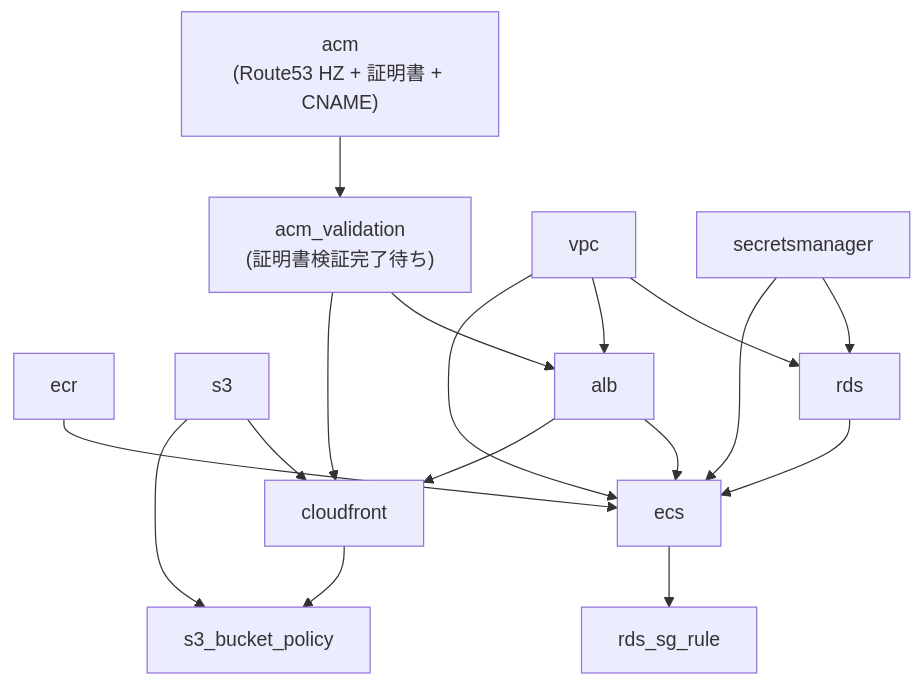
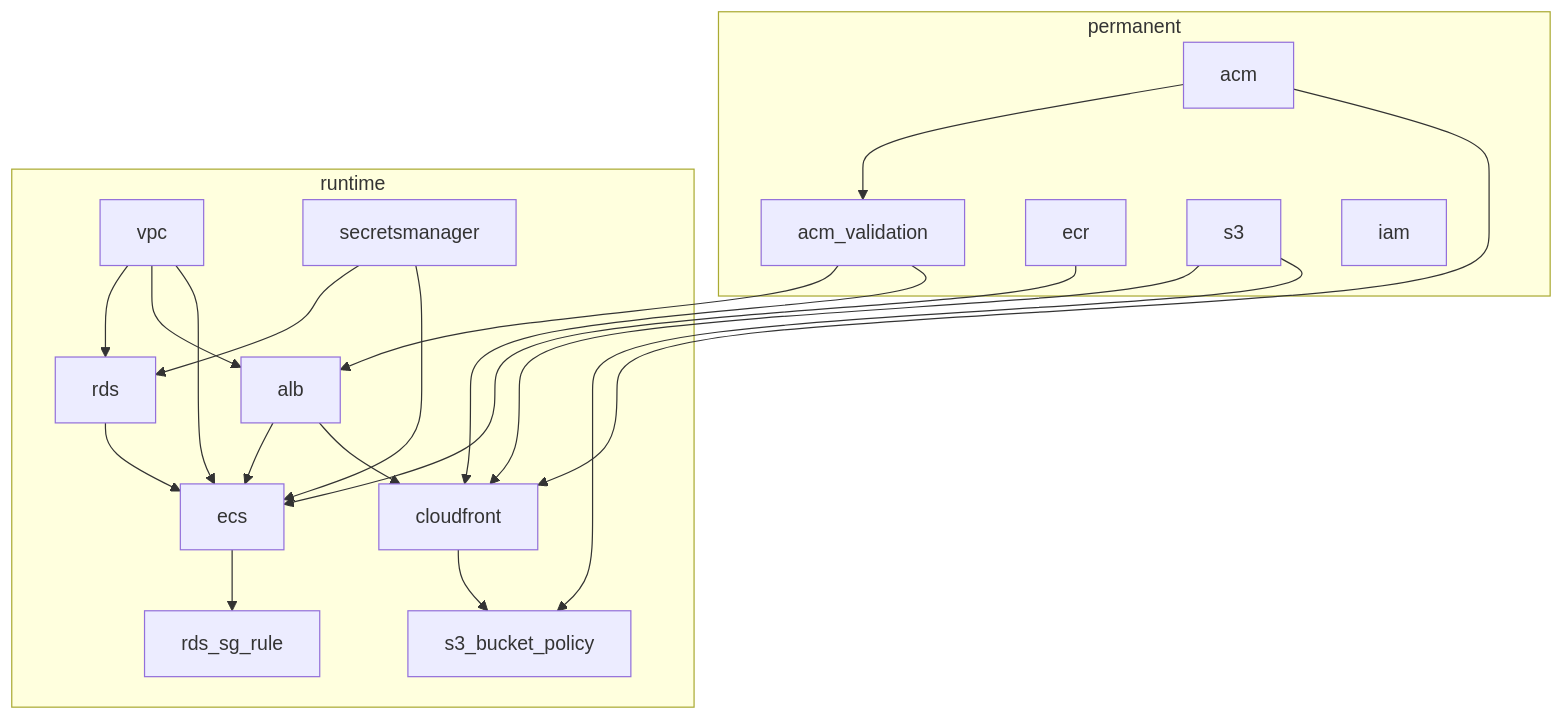
Before and after one commit to nkajitani/property_analyze: the diagram in infra/docs/provisioning.md, drawn with Mermaid. The commit also changed other lines of this file and 17 other files, not shown here.

````diff
--- a/infra/docs/provisioning.md
+++ b/infra/docs/provisioning.md
@@ -13,40 +34,45 @@
 ```mermaid
 graph TD
-    acm["acm<br/>(Route53 HZ + 証明書 + CNAME)"]
-    acm_validation["acm_validation<br/>(証明書検証完了待ち)"]
-    vpc
-    secretsmanager
-    ecr
-    s3
-    rds
-    alb
-    ecs
-    rds_sg_rule
-    cloudfront
-    s3_bucket_policy
+    subgraph permanent
+        acm["acm"]
+        acm_validation["acm_validation"]
+        ecr["ecr"]
+        s3["s3"]
+        iam["iam"]
+    end
+
+    subgraph runtime
+        vpc["vpc"]
+        secretsmanager["secretsmanager"]
+        rds["rds"]
+        alb["alb"]
+        ecs["ecs"]
+        rds_sg_rule["rds_sg_rule"]
+        cloudfront["cloudfront"]
+        s3_bucket_policy["s3_bucket_policy"]
+    end
 
     acm --> acm_validation
     acm_validation --> alb
     acm_validation --> cloudfront
+    acm --> cloudfront
 
     vpc --> rds
     vpc --> alb
     vpc --> ecs
 
     secretsmanager --> rds
     secretsmanager --> ecs
 
     ecr --> ecs
 
     alb --> ecs
     alb --> cloudfront
 
     rds --> ecs
-
     ecs --> rds_sg_rule
 
     s3 --> cloudfront
     s3 --> s3_bucket_policy
-
     cloudfront --> s3_bucket_policy
 ```
````
